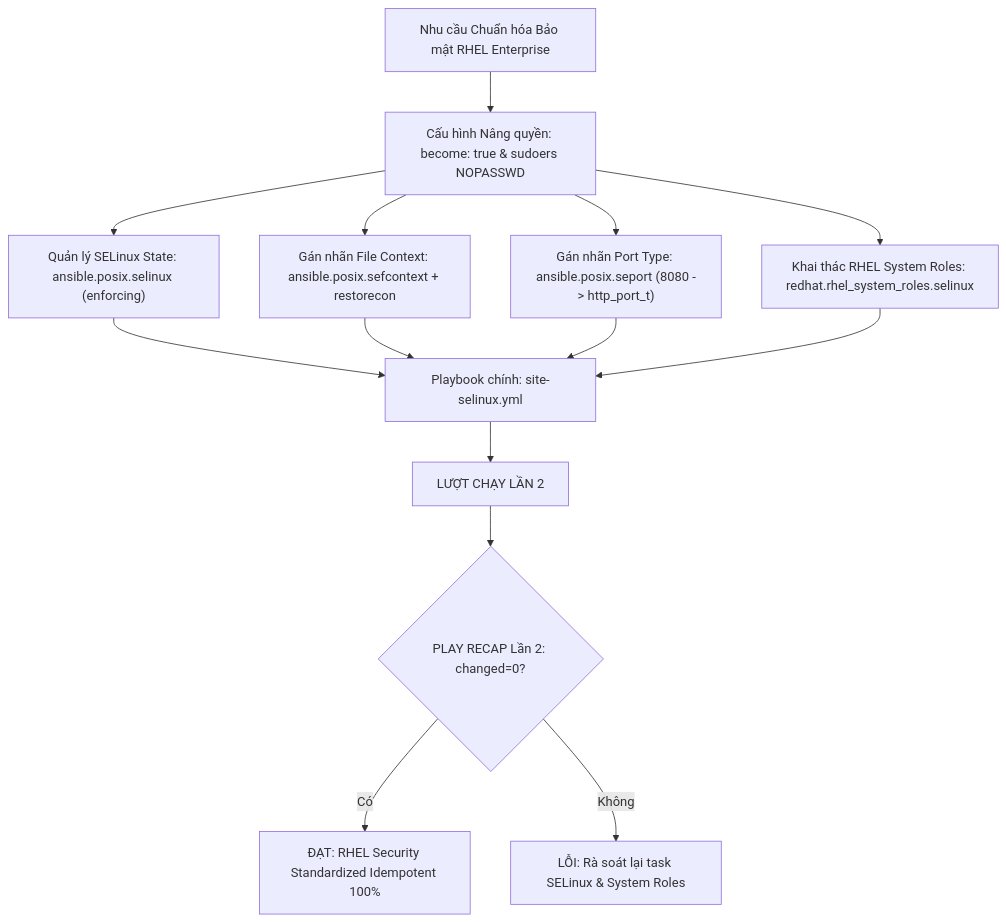
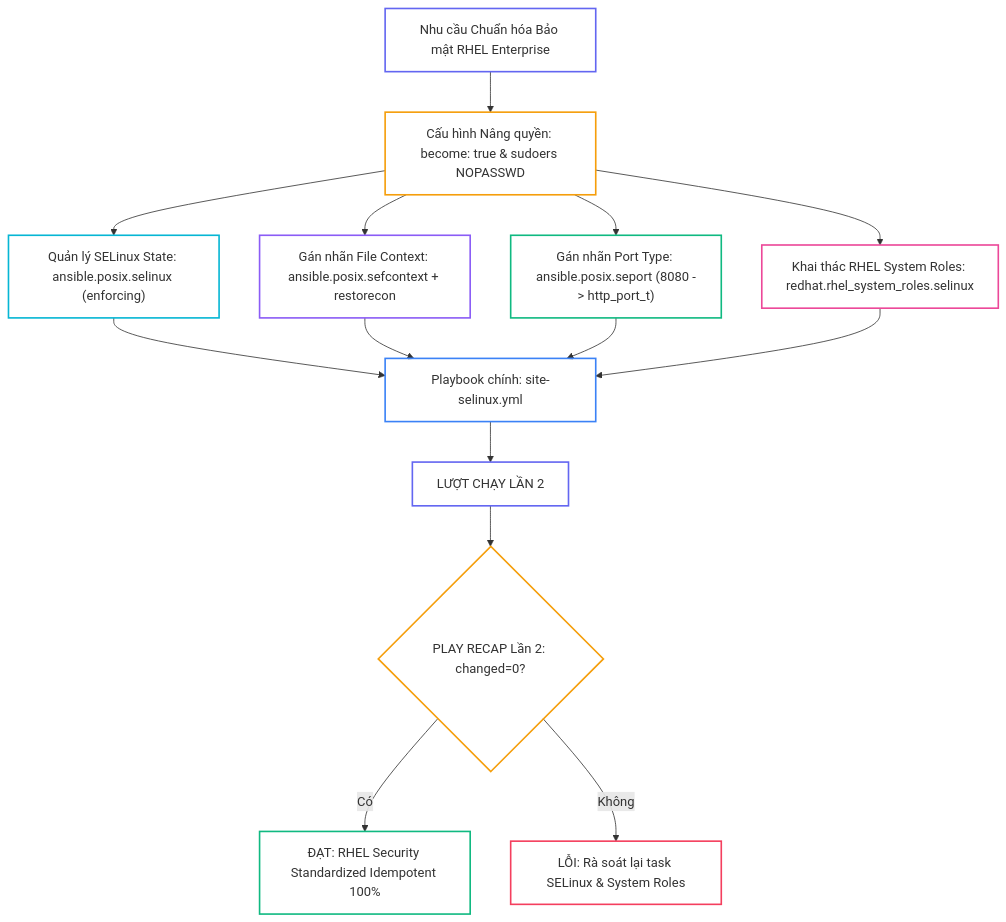
The second of 3 diagrams in _posts/2026-09-13-ansible-21-21-system-roles-selinux.md (kiennt308/ntk), drawn with Mermaid before and after one commit. The commit also changed other lines of this file and 30 other files, not shown here.

````diff
--- a/_posts/2026-09-13-ansible-21-21-system-roles-selinux.md
+++ b/_posts/2026-09-13-ansible-21-21-system-roles-selinux.md
@@ -329,20 +339,32 @@
 ```mermaid
 flowchart TD
     A["Nhu cầu Chuẩn hóa Bảo mật RHEL Enterprise"] --> B["Cấu hình Nâng quyền: become: true & sudoers NOPASSWD"]
     
     B --> C["Quản lý SELinux State: ansible.posix.selinux (enforcing)"]
     B --> D["Gán nhãn File Context: ansible.posix.sefcontext + restorecon"]
     B --> E["Gán nhãn Port Type: ansible.posix.seport (8080 -> http_port_t)"]
     B --> F["Khai thác RHEL System Roles: redhat.rhel_system_roles.selinux"]
     
     C --> G["Playbook chính: site-selinux.yml"]
     D --> G
     E --> G
     F --> G
     
     G --> H["LƯỢT CHẠY LẦN 2"]
     H --> I{"PLAY RECAP Lần 2: changed=0?"}
     
-    I -- Có --> J["ĐẠT: RHEL Security Standardized Idempotent 100%"]
-    I -- Không --> K["LỖI: Rà soát lại task SELinux & System Roles"]
+    I -->|"Có"| J["ĐẠT: RHEL Security Standardized Idempotent 100%"]
+    I -->|"Không"| K["LỖI: Rà soát lại task SELinux & System Roles"]
+
+    style A fill:none,stroke:#6366f1,stroke-width:2px
+    style B fill:none,stroke:#f59e0b,stroke-width:2px
+    style C fill:none,stroke:#06b6d4,stroke-width:2px
+    style D fill:none,stroke:#8b5cf6,stroke-width:2px
+    style E fill:none,stroke:#10b981,stroke-width:2px
+    style F fill:none,stroke:#ec4899,stroke-width:2px
+    style G fill:none,stroke:#3b82f6,stroke-width:2px
+    style H fill:none,stroke:#6366f1,stroke-width:2px
+    style I fill:none,stroke:#f59e0b,stroke-width:2px
+    style J fill:none,stroke:#10b981,stroke-width:2px
+    style K fill:none,stroke:#f43f5e,stroke-width:2px
 ```
````
